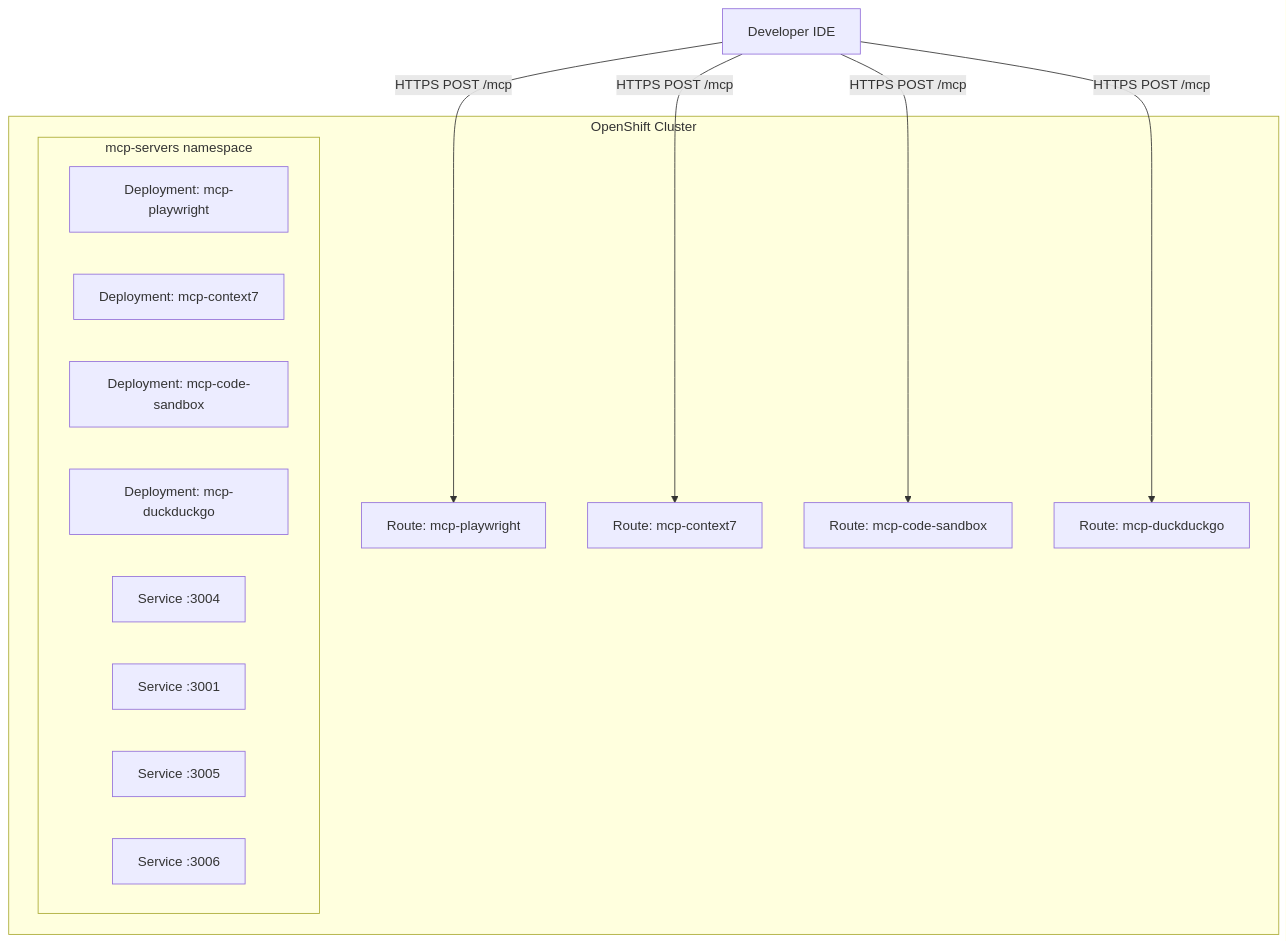
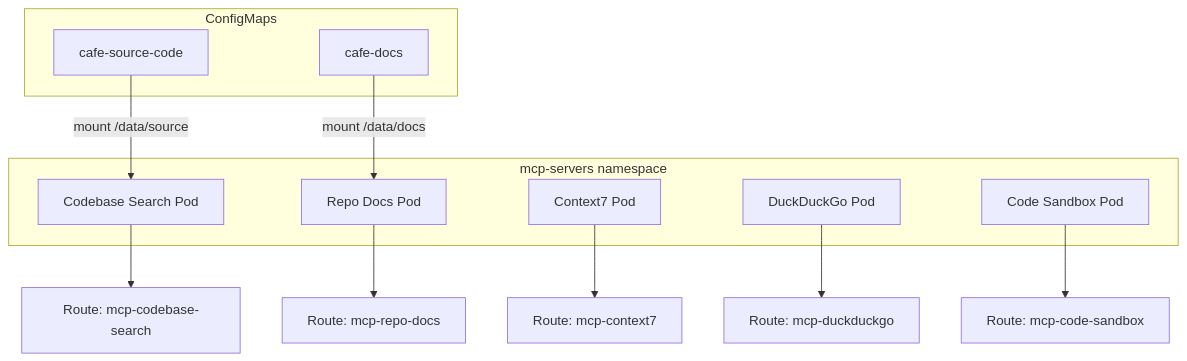
Before and after one commit to hyogrin/rhoai-coding-assistant-lab: the second of 2 diagrams in 1_mcp_servers/1_mcp_overview.md, drawn with Mermaid. The commit also changed other lines of this file and 84 other files, not shown here.

````diff
--- a/1_mcp_servers/1_mcp_overview.md
+++ b/1_mcp_servers/1_mcp_overview.md
@@ -61,26 +85,24 @@
 ```mermaid
-flowchart TB
-    subgraph "OpenShift Cluster"
-        subgraph "mcp-servers namespace"
-            D1[Deployment: mcp-playwright]
-            D2[Deployment: mcp-context7]
-            D3[Deployment: mcp-code-sandbox]
-            D4[Deployment: mcp-duckduckgo]
-
-            S1[Service :3004]
-            S2[Service :3001]
-            S3[Service :3005]
-            S4[Service :3006]
-        end
-
-        R1[Route: mcp-playwright]
-        R2[Route: mcp-context7]
-        R3[Route: mcp-code-sandbox]
-        R4[Route: mcp-duckduckgo]
+flowchart TD
+    subgraph ns [mcp-servers namespace]
+        CTX[Context7 Pod]
+        DDG[DuckDuckGo Pod]
+        CS[Code Sandbox Pod]
+        CBS[Codebase Search Pod]
+        RD[Repo Docs Pod]
     end
 
-    IDE[Developer IDE] -->|HTTPS POST /mcp| R1
-    IDE -->|HTTPS POST /mcp| R2
-    IDE -->|HTTPS POST /mcp| R3
-    IDE -->|HTTPS POST /mcp| R4
+    subgraph data [ConfigMaps]
+        SRC[cafe-source-code]
+        DOCS[cafe-docs]
+    end
+
+    SRC -->|mount /data/source| CBS
+    DOCS -->|mount /data/docs| RD
+
+    CTX --> R1[Route: mcp-context7]
+    DDG --> R2[Route: mcp-duckduckgo]
+    CS --> R3[Route: mcp-code-sandbox]
+    CBS --> R4[Route: mcp-codebase-search]
+    RD --> R5[Route: mcp-repo-docs]
 ```
````
